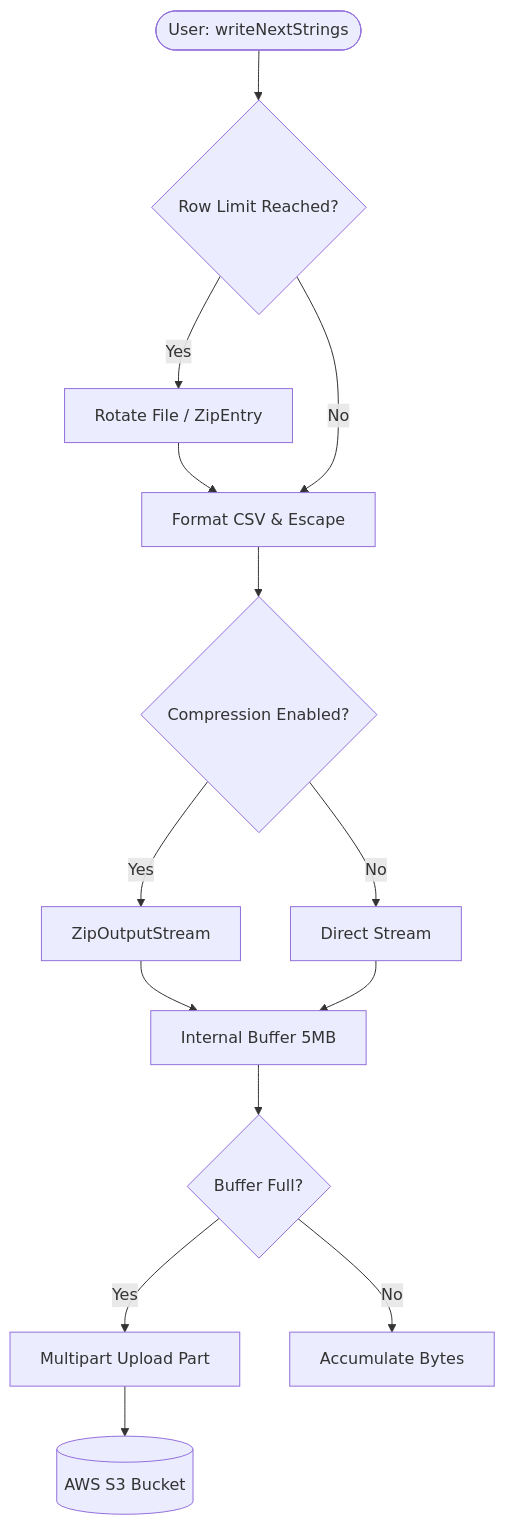
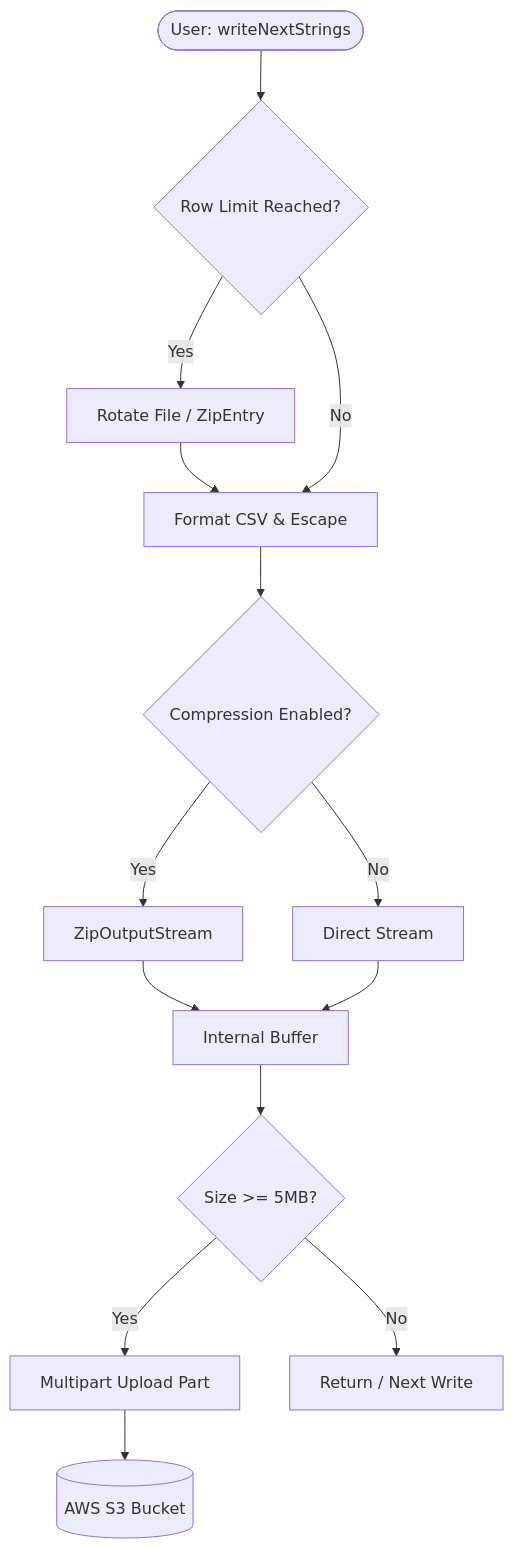
Before and after one commit to daksha-rongala-clear/CSV-Writer: the second of 2 diagrams in README.md, drawn with Mermaid. The commit also changed other lines of this file and 8 other files, not shown here.

````diff
--- a/README.md
+++ b/README.md
@@ -61,22 +65,22 @@
 ```mermaid
 flowchart TD
     Start([User: writeNextStrings]) --> CheckSplit{Row Limit Reached?}
     
     CheckSplit -- Yes --> Rotate[Rotate File / ZipEntry]
     Rotate --> WriteRow
     CheckSplit -- No --> WriteRow[Format CSV & Escape]
     
     WriteRow --> StreamSel{Compression Enabled?}
     
     StreamSel -- Yes --> Zip[ZipOutputStream]
     StreamSel -- No --> Direct[Direct Stream]
     
-    Zip --> Buffer[Internal Buffer 5MB]
+    Zip --> Buffer[Internal Buffer]
     Direct --> Buffer
     
-    Buffer --> Full{Buffer Full?}
+    Buffer --> Full{Size >= 5MB?}
     Full -- Yes --> Upload[Multipart Upload Part]
-    Full -- No --> Accumulate[Accumulate Bytes]
+    Full -- No --> Accumulate[Return / Next Write]
     
     Upload --> S3[(AWS S3 Bucket)]
 ```
````
